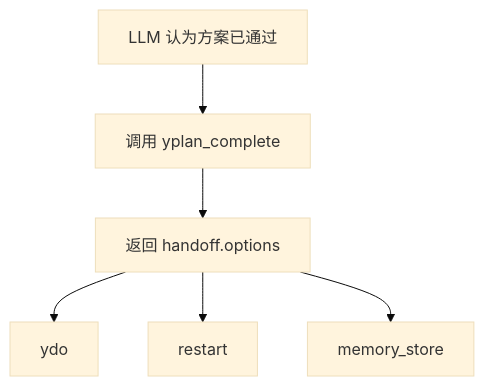
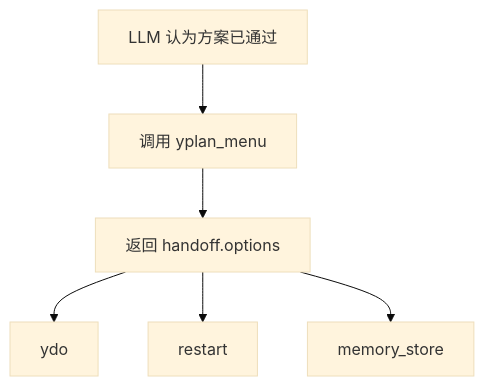
One commit to CodeyLife/Ymcp changed the fourth of 5 diagrams in docs/current-workflow-flowcharts.md. Above: the diagram before and after it, drawn with Mermaid (base theme). The commit also changed other lines of this file and 40 other files, not shown here.

````diff
--- a/docs/current-workflow-flowcharts.md
+++ b/docs/current-workflow-flowcharts.md
@@ -79,8 +79,8 @@
 ```mermaid
 flowchart TD
-    A[LLM 认为方案已通过] --> B[调用 yplan_complete]
+    A[LLM 认为方案已通过] --> B[调用 yplan_menu]
     B --> C[返回 handoff.options]
     C --> D[ydo]
     C --> E[restart]
     C --> F[memory_store]
 ```
````
